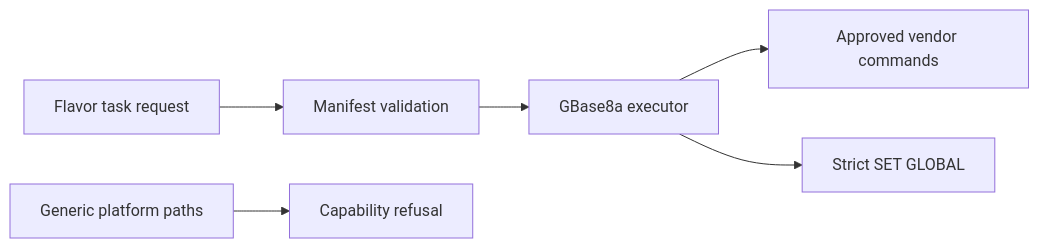
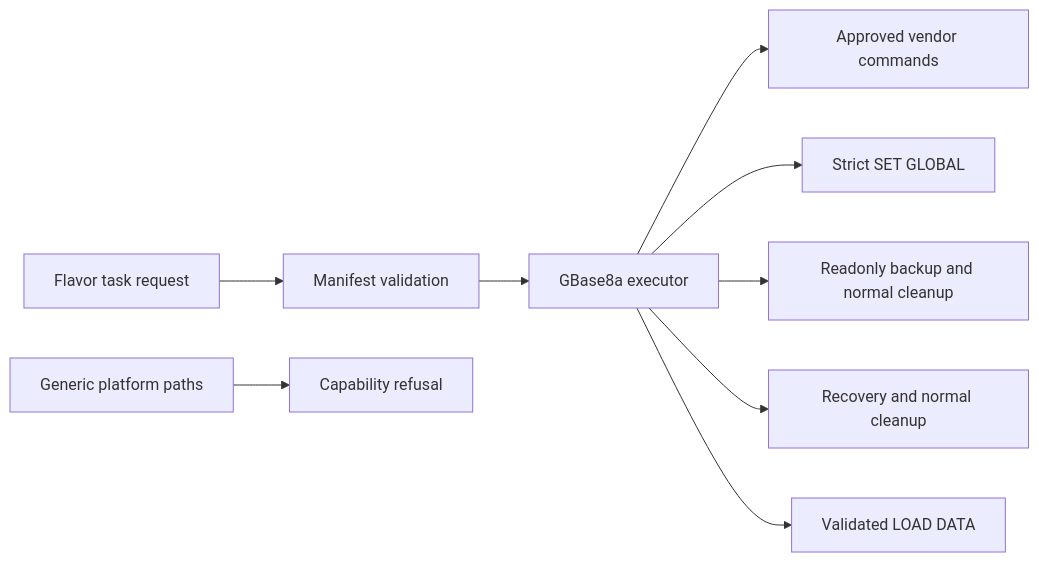
The diagram in .monkeycode/specs/gbase8a-10-1/design.md (mingjia1/dbops), drawn with Mermaid before and after one commit. The commit also changed other lines of this file and 11 other files, not shown here.

````diff
--- a/.monkeycode/specs/gbase8a-10-1/design.md
+++ b/.monkeycode/specs/gbase8a-10-1/design.md
@@ -12,8 +12,11 @@
 ```mermaid
 flowchart LR
     Request[Flavor task request] --> Bundle[Manifest validation]
     Bundle --> Executor[GBase8a executor]
     Executor --> Vendor[Approved vendor commands]
-    Executor --> SQL[Strict SET GLOBAL]
+	Executor --> SQL[Strict SET GLOBAL]
+	Executor --> Backup[Readonly backup and normal cleanup]
+	Executor --> Restore[Recovery and normal cleanup]
+	Executor --> Load[Validated LOAD DATA]
     Generic[Generic platform paths] --> Gate[Capability refusal]
 ```
````
